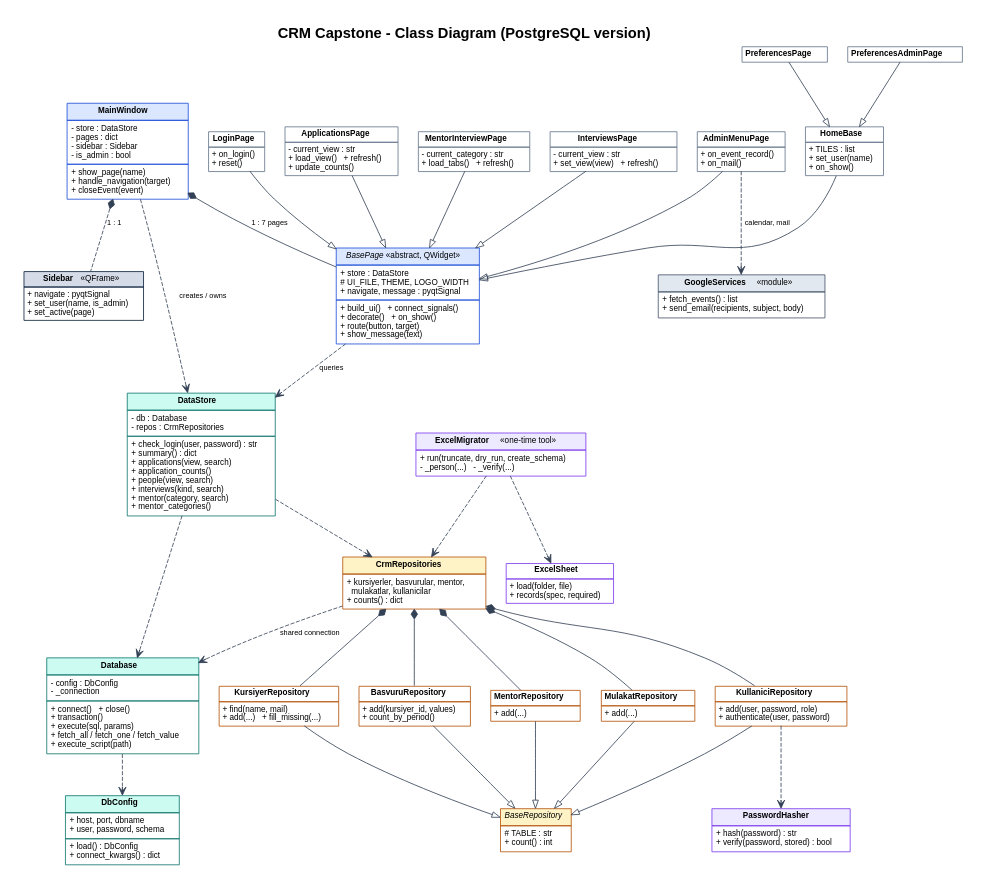
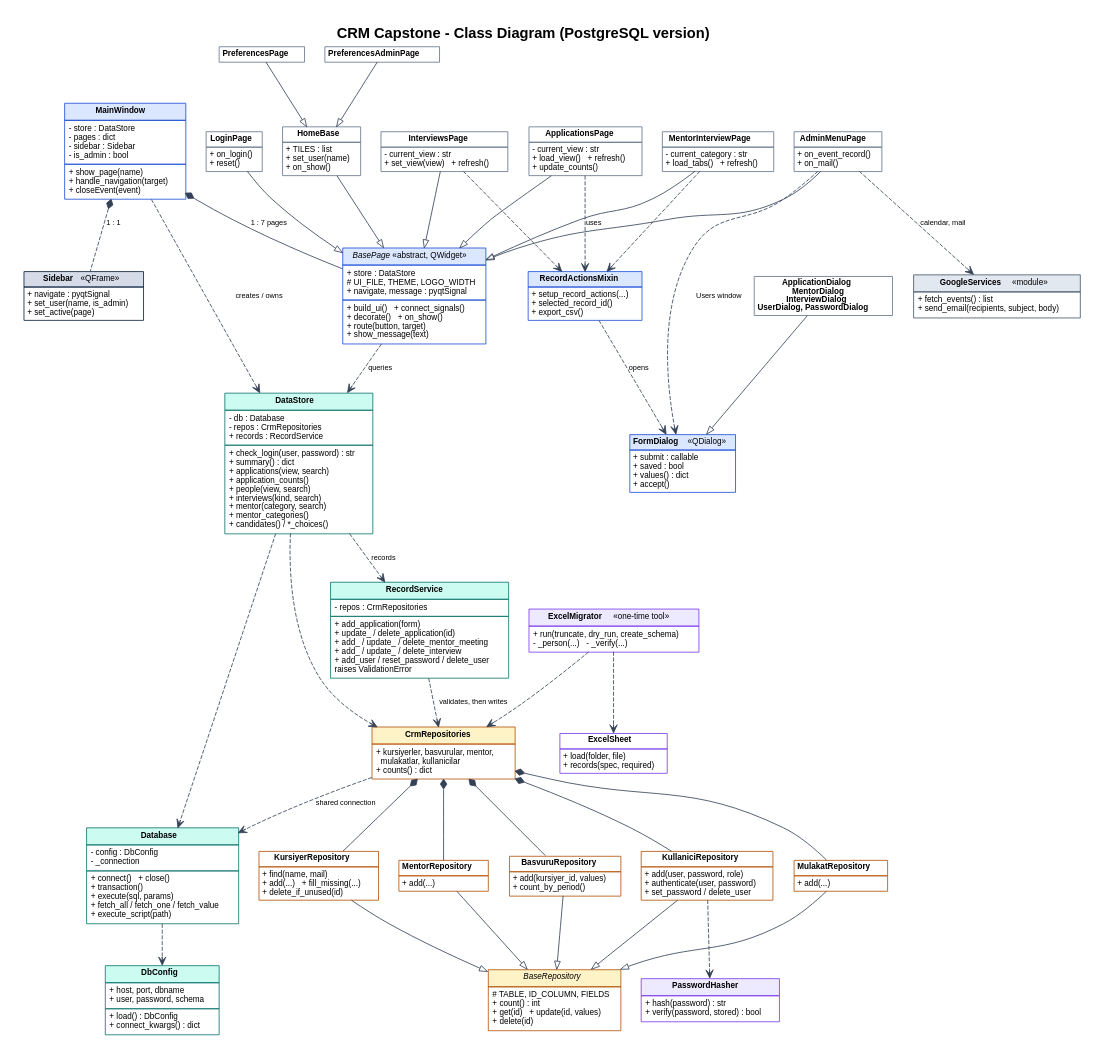
The diagram in diagram/class.dot (MS-Sezgin/crm), drawn with Graphviz before and after one commit. The commit also changed 29 other files, not shown here.

```diff
--- a/diagram/class.dot
+++ b/diagram/class.dot
@@ -1,95 +1,110 @@
 digraph Classes {
   graph [rankdir=TB, splines=spline, nodesep=0.35, ranksep=0.7, fontname="Helvetica", bgcolor="white", pad=0.3,
          label=<<B>CRM Capstone - Class Diagram (PostgreSQL version)</B>>, labelloc=t, fontsize=18];
   node  [shape=plain, fontname="Helvetica", fontsize=10];
   edge  [fontname="Helvetica", fontsize=9, color="#334155"];
 
   MainWindow [label=<<TABLE BORDER="0" CELLBORDER="1" CELLSPACING="0" CELLPADDING="4" COLOR="#1D4ED8">
     <TR><TD BGCOLOR="#DBE7FF"><B>MainWindow</B></TD></TR>
     <TR><TD ALIGN="LEFT">- store : DataStore<BR ALIGN="LEFT"/>- pages : dict<BR ALIGN="LEFT"/>- sidebar : Sidebar<BR ALIGN="LEFT"/>- is_admin : bool<BR ALIGN="LEFT"/></TD></TR>
     <TR><TD ALIGN="LEFT">+ show_page(name)<BR ALIGN="LEFT"/>+ handle_navigation(target)<BR ALIGN="LEFT"/>+ closeEvent(event)<BR ALIGN="LEFT"/></TD></TR></TABLE>>];
 
   BasePage [label=<<TABLE BORDER="0" CELLBORDER="1" CELLSPACING="0" CELLPADDING="4" COLOR="#1D4ED8">
     <TR><TD BGCOLOR="#DBE7FF"><I>BasePage</I> «abstract, QWidget»</TD></TR>
     <TR><TD ALIGN="LEFT">+ store : DataStore<BR ALIGN="LEFT"/># UI_FILE, THEME, LOGO_WIDTH<BR ALIGN="LEFT"/>+ navigate, message : pyqtSignal<BR ALIGN="LEFT"/></TD></TR>
     <TR><TD ALIGN="LEFT">+ build_ui()   + connect_signals()<BR ALIGN="LEFT"/>+ decorate()   + on_show()<BR ALIGN="LEFT"/>+ route(button, target)<BR ALIGN="LEFT"/>+ show_message(text)<BR ALIGN="LEFT"/></TD></TR></TABLE>>];
 
   LoginPage [label=<<TABLE BORDER="0" CELLBORDER="1" CELLSPACING="0" CELLPADDING="3" COLOR="#64748B"><TR><TD><B>LoginPage</B></TD></TR><TR><TD ALIGN="LEFT">+ on_login()<BR ALIGN="LEFT"/>+ reset()<BR ALIGN="LEFT"/></TD></TR></TABLE>>];
   ApplicationsPage [label=<<TABLE BORDER="0" CELLBORDER="1" CELLSPACING="0" CELLPADDING="3" COLOR="#64748B"><TR><TD><B>ApplicationsPage</B></TD></TR><TR><TD ALIGN="LEFT">- current_view : str<BR ALIGN="LEFT"/>+ load_view()   + refresh()<BR ALIGN="LEFT"/>+ update_counts()<BR ALIGN="LEFT"/></TD></TR></TABLE>>];
   MentorInterviewPage [label=<<TABLE BORDER="0" CELLBORDER="1" CELLSPACING="0" CELLPADDING="3" COLOR="#64748B"><TR><TD><B>MentorInterviewPage</B></TD></TR><TR><TD ALIGN="LEFT">- current_category : str<BR ALIGN="LEFT"/>+ load_tabs()   + refresh()<BR ALIGN="LEFT"/></TD></TR></TABLE>>];
   InterviewsPage [label=<<TABLE BORDER="0" CELLBORDER="1" CELLSPACING="0" CELLPADDING="3" COLOR="#64748B"><TR><TD><B>InterviewsPage</B></TD></TR><TR><TD ALIGN="LEFT">- current_view : str<BR ALIGN="LEFT"/>+ set_view(view)   + refresh()<BR ALIGN="LEFT"/></TD></TR></TABLE>>];
   PreferencesPage [label=<<TABLE BORDER="0" CELLBORDER="1" CELLSPACING="0" CELLPADDING="3" COLOR="#64748B"><TR><TD><B>PreferencesPage</B></TD></TR></TABLE>>];
   PreferencesAdminPage [label=<<TABLE BORDER="0" CELLBORDER="1" CELLSPACING="0" CELLPADDING="3" COLOR="#64748B"><TR><TD><B>PreferencesAdminPage</B></TD></TR></TABLE>>];
   AdminMenuPage [label=<<TABLE BORDER="0" CELLBORDER="1" CELLSPACING="0" CELLPADDING="3" COLOR="#64748B"><TR><TD><B>AdminMenuPage</B></TD></TR><TR><TD ALIGN="LEFT">+ on_event_record()<BR ALIGN="LEFT"/>+ on_mail()<BR ALIGN="LEFT"/></TD></TR></TABLE>>];
 
   Sidebar [label=<<TABLE BORDER="0" CELLBORDER="1" CELLSPACING="0" CELLPADDING="3" COLOR="#0B1F3A"><TR><TD BGCOLOR="#D5DCE8"><B>Sidebar</B> «QFrame»</TD></TR><TR><TD ALIGN="LEFT">+ navigate : pyqtSignal<BR ALIGN="LEFT"/>+ set_user(name, is_admin)<BR ALIGN="LEFT"/>+ set_active(page)<BR ALIGN="LEFT"/></TD></TR></TABLE>>];
   HomeBase [label=<<TABLE BORDER="0" CELLBORDER="1" CELLSPACING="0" CELLPADDING="3" COLOR="#64748B"><TR><TD><B>HomeBase</B></TD></TR><TR><TD ALIGN="LEFT">+ TILES : list<BR ALIGN="LEFT"/>+ set_user(name)<BR ALIGN="LEFT"/>+ on_show()<BR ALIGN="LEFT"/></TD></TR></TABLE>>];
 
   DataStore [label=<<TABLE BORDER="0" CELLBORDER="1" CELLSPACING="0" CELLPADDING="4" COLOR="#0F766E">
     <TR><TD BGCOLOR="#CCFBF1"><B>DataStore</B></TD></TR>
-    <TR><TD ALIGN="LEFT">- db : Database<BR ALIGN="LEFT"/>- repos : CrmRepositories<BR ALIGN="LEFT"/></TD></TR>
-    <TR><TD ALIGN="LEFT">+ check_login(user, password) : str<BR ALIGN="LEFT"/>+ summary() : dict<BR ALIGN="LEFT"/>+ applications(view, search)<BR ALIGN="LEFT"/>+ application_counts()<BR ALIGN="LEFT"/>+ people(view, search)<BR ALIGN="LEFT"/>+ interviews(kind, search)<BR ALIGN="LEFT"/>+ mentor(category, search)<BR ALIGN="LEFT"/>+ mentor_categories()<BR ALIGN="LEFT"/></TD></TR></TABLE>>];
+    <TR><TD ALIGN="LEFT">- db : Database<BR ALIGN="LEFT"/>- repos : CrmRepositories<BR ALIGN="LEFT"/>+ records : RecordService<BR ALIGN="LEFT"/></TD></TR>
+    <TR><TD ALIGN="LEFT">+ check_login(user, password) : str<BR ALIGN="LEFT"/>+ summary() : dict<BR ALIGN="LEFT"/>+ applications(view, search)<BR ALIGN="LEFT"/>+ application_counts()<BR ALIGN="LEFT"/>+ people(view, search)<BR ALIGN="LEFT"/>+ interviews(kind, search)<BR ALIGN="LEFT"/>+ mentor(category, search)<BR ALIGN="LEFT"/>+ mentor_categories()<BR ALIGN="LEFT"/>+ candidates() / *_choices()<BR ALIGN="LEFT"/></TD></TR></TABLE>>];
 
   Database [label=<<TABLE BORDER="0" CELLBORDER="1" CELLSPACING="0" CELLPADDING="4" COLOR="#0F766E">
     <TR><TD BGCOLOR="#CCFBF1"><B>Database</B></TD></TR>
     <TR><TD ALIGN="LEFT">- config : DbConfig<BR ALIGN="LEFT"/>- _connection<BR ALIGN="LEFT"/></TD></TR>
     <TR><TD ALIGN="LEFT">+ connect()   + close()<BR ALIGN="LEFT"/>+ transaction()<BR ALIGN="LEFT"/>+ execute(sql, params)<BR ALIGN="LEFT"/>+ fetch_all / fetch_one / fetch_value<BR ALIGN="LEFT"/>+ execute_script(path)<BR ALIGN="LEFT"/></TD></TR></TABLE>>];
 
   DbConfig [label=<<TABLE BORDER="0" CELLBORDER="1" CELLSPACING="0" CELLPADDING="4" COLOR="#0F766E">
     <TR><TD BGCOLOR="#CCFBF1"><B>DbConfig</B></TD></TR>
     <TR><TD ALIGN="LEFT">+ host, port, dbname<BR ALIGN="LEFT"/>+ user, password, schema<BR ALIGN="LEFT"/></TD></TR>
     <TR><TD ALIGN="LEFT">+ load() : DbConfig<BR ALIGN="LEFT"/>+ connect_kwargs() : dict<BR ALIGN="LEFT"/></TD></TR></TABLE>>];
 
   CrmRepositories [label=<<TABLE BORDER="0" CELLBORDER="1" CELLSPACING="0" CELLPADDING="4" COLOR="#B45309">
     <TR><TD BGCOLOR="#FEF3C7"><B>CrmRepositories</B></TD></TR>
     <TR><TD ALIGN="LEFT">+ kursiyerler, basvurular, mentor,<BR ALIGN="LEFT"/>   mulakatlar, kullanicilar<BR ALIGN="LEFT"/>+ counts() : dict<BR ALIGN="LEFT"/></TD></TR></TABLE>>];
 
   BaseRepository [label=<<TABLE BORDER="0" CELLBORDER="1" CELLSPACING="0" CELLPADDING="4" COLOR="#B45309">
     <TR><TD BGCOLOR="#FEF3C7"><I>BaseRepository</I></TD></TR>
-    <TR><TD ALIGN="LEFT"># TABLE : str<BR ALIGN="LEFT"/>+ count() : int<BR ALIGN="LEFT"/></TD></TR></TABLE>>];
+    <TR><TD ALIGN="LEFT"># TABLE, ID_COLUMN, FIELDS<BR ALIGN="LEFT"/>+ count() : int<BR ALIGN="LEFT"/>+ get(id)   + update(id, values)<BR ALIGN="LEFT"/>+ delete(id)<BR ALIGN="LEFT"/></TD></TR></TABLE>>];
 
-  KursiyerRepository [label=<<TABLE BORDER="0" CELLBORDER="1" CELLSPACING="0" CELLPADDING="3" COLOR="#B45309"><TR><TD><B>KursiyerRepository</B></TD></TR><TR><TD ALIGN="LEFT">+ find(name, mail)<BR ALIGN="LEFT"/>+ add(...)   + fill_missing(...)<BR ALIGN="LEFT"/></TD></TR></TABLE>>];
+  KursiyerRepository [label=<<TABLE BORDER="0" CELLBORDER="1" CELLSPACING="0" CELLPADDING="3" COLOR="#B45309"><TR><TD><B>KursiyerRepository</B></TD></TR><TR><TD ALIGN="LEFT">+ find(name, mail)<BR ALIGN="LEFT"/>+ add(...)   + fill_missing(...)<BR ALIGN="LEFT"/>+ delete_if_unused(id)<BR ALIGN="LEFT"/></TD></TR></TABLE>>];
   BasvuruRepository [label=<<TABLE BORDER="0" CELLBORDER="1" CELLSPACING="0" CELLPADDING="3" COLOR="#B45309"><TR><TD><B>BasvuruRepository</B></TD></TR><TR><TD ALIGN="LEFT">+ add(kursiyer_id, values)<BR ALIGN="LEFT"/>+ count_by_period()<BR ALIGN="LEFT"/></TD></TR></TABLE>>];
   MentorRepository [label=<<TABLE BORDER="0" CELLBORDER="1" CELLSPACING="0" CELLPADDING="3" COLOR="#B45309"><TR><TD><B>MentorRepository</B></TD></TR><TR><TD ALIGN="LEFT">+ add(...)<BR ALIGN="LEFT"/></TD></TR></TABLE>>];
   MulakatRepository [label=<<TABLE BORDER="0" CELLBORDER="1" CELLSPACING="0" CELLPADDING="3" COLOR="#B45309"><TR><TD><B>MulakatRepository</B></TD></TR><TR><TD ALIGN="LEFT">+ add(...)<BR ALIGN="LEFT"/></TD></TR></TABLE>>];
-  KullaniciRepository [label=<<TABLE BORDER="0" CELLBORDER="1" CELLSPACING="0" CELLPADDING="3" COLOR="#B45309"><TR><TD><B>KullaniciRepository</B></TD></TR><TR><TD ALIGN="LEFT">+ add(user, password, role)<BR ALIGN="LEFT"/>+ authenticate(user, password)<BR ALIGN="LEFT"/></TD></TR></TABLE>>];
+  KullaniciRepository [label=<<TABLE BORDER="0" CELLBORDER="1" CELLSPACING="0" CELLPADDING="3" COLOR="#B45309"><TR><TD><B>KullaniciRepository</B></TD></TR><TR><TD ALIGN="LEFT">+ add(user, password, role)<BR ALIGN="LEFT"/>+ authenticate(user, password)<BR ALIGN="LEFT"/>+ set_password / delete_user<BR ALIGN="LEFT"/></TD></TR></TABLE>>];
+
+  RecordService [label=<<TABLE BORDER="0" CELLBORDER="1" CELLSPACING="0" CELLPADDING="4" COLOR="#0F766E">
+    <TR><TD BGCOLOR="#CCFBF1"><B>RecordService</B></TD></TR>
+    <TR><TD ALIGN="LEFT">- repos : CrmRepositories<BR ALIGN="LEFT"/></TD></TR>
+    <TR><TD ALIGN="LEFT">+ add_application(form)<BR ALIGN="LEFT"/>+ update_ / delete_application(id)<BR ALIGN="LEFT"/>+ add_ / update_ / delete_mentor_meeting<BR ALIGN="LEFT"/>+ add_ / update_ / delete_interview<BR ALIGN="LEFT"/>+ add_user / reset_password / delete_user<BR ALIGN="LEFT"/>raises ValidationError<BR ALIGN="LEFT"/></TD></TR></TABLE>>];
+
+  RecordActionsMixin [label=<<TABLE BORDER="0" CELLBORDER="1" CELLSPACING="0" CELLPADDING="3" COLOR="#1D4ED8"><TR><TD BGCOLOR="#DBE7FF"><B>RecordActionsMixin</B></TD></TR><TR><TD ALIGN="LEFT">+ setup_record_actions(...)<BR ALIGN="LEFT"/>+ selected_record_id()<BR ALIGN="LEFT"/>+ export_csv()<BR ALIGN="LEFT"/></TD></TR></TABLE>>];
+
+  FormDialog [label=<<TABLE BORDER="0" CELLBORDER="1" CELLSPACING="0" CELLPADDING="3" COLOR="#1D4ED8"><TR><TD BGCOLOR="#DBE7FF"><B>FormDialog</B> «QDialog»</TD></TR><TR><TD ALIGN="LEFT">+ submit : callable<BR ALIGN="LEFT"/>+ saved : bool<BR ALIGN="LEFT"/>+ values() : dict<BR ALIGN="LEFT"/>+ accept()<BR ALIGN="LEFT"/></TD></TR></TABLE>>];
+  FormDialogs [label=<<TABLE BORDER="0" CELLBORDER="1" CELLSPACING="0" CELLPADDING="3" COLOR="#64748B"><TR><TD><B>ApplicationDialog</B><BR/><B>MentorDialog</B><BR/><B>InterviewDialog</B><BR/><B>UserDialog, PasswordDialog</B></TD></TR></TABLE>>];
 
   PasswordHasher [label=<<TABLE BORDER="0" CELLBORDER="1" CELLSPACING="0" CELLPADDING="4" COLOR="#7C3AED">
     <TR><TD BGCOLOR="#EDE9FE"><B>PasswordHasher</B></TD></TR>
     <TR><TD ALIGN="LEFT">+ hash(password) : str<BR ALIGN="LEFT"/>+ verify(password, stored) : bool<BR ALIGN="LEFT"/></TD></TR></TABLE>>];
 
   GoogleServices [label=<<TABLE BORDER="0" CELLBORDER="1" CELLSPACING="0" CELLPADDING="4" COLOR="#475569">
     <TR><TD BGCOLOR="#E2E8F0"><B>GoogleServices</B> «module»</TD></TR>
     <TR><TD ALIGN="LEFT">+ fetch_events() : list<BR ALIGN="LEFT"/>+ send_email(recipients, subject, body)<BR ALIGN="LEFT"/></TD></TR></TABLE>>];
 
   ExcelMigrator [label=<<TABLE BORDER="0" CELLBORDER="1" CELLSPACING="0" CELLPADDING="4" COLOR="#7C3AED">
     <TR><TD BGCOLOR="#EDE9FE"><B>ExcelMigrator</B> «one-time tool»</TD></TR>
     <TR><TD ALIGN="LEFT">+ run(truncate, dry_run, create_schema)<BR ALIGN="LEFT"/>- _person(...)   - _verify(...)<BR ALIGN="LEFT"/></TD></TR></TABLE>>];
   ExcelSheet [label=<<TABLE BORDER="0" CELLBORDER="1" CELLSPACING="0" CELLPADDING="3" COLOR="#7C3AED"><TR><TD><B>ExcelSheet</B></TD></TR><TR><TD ALIGN="LEFT">+ load(folder, file)<BR ALIGN="LEFT"/>+ records(spec, required)<BR ALIGN="LEFT"/></TD></TR></TABLE>>];
 
   // inheritance (empty triangle)
   edge [arrowhead=empty, style=solid];
   LoginPage -> BasePage; ApplicationsPage -> BasePage; MentorInterviewPage -> BasePage; InterviewsPage -> BasePage;
   HomeBase -> BasePage; PreferencesPage -> HomeBase; PreferencesAdminPage -> HomeBase; AdminMenuPage -> BasePage;
   KursiyerRepository -> BaseRepository; BasvuruRepository -> BaseRepository; MentorRepository -> BaseRepository;
   MulakatRepository -> BaseRepository; KullaniciRepository -> BaseRepository;
+  FormDialogs -> FormDialog;
 
   // composition / aggregation
   edge [arrowhead=diamond, style=solid, dir=back, arrowtail=none];
   edge [arrowhead=none, arrowtail=diamond, dir=back];
   MainWindow -> BasePage [label="1 : 7 pages", dir=back, arrowhead=none, arrowtail=diamond];
   CrmRepositories -> KursiyerRepository; CrmRepositories -> BasvuruRepository; CrmRepositories -> MentorRepository;
   CrmRepositories -> MulakatRepository; CrmRepositories -> KullaniciRepository;
 
   // dependencies (dashed)
   edge [arrowhead=vee, style=dashed, dir=forward, arrowtail=none];
   MainWindow -> DataStore [label="creates / owns"];
   MainWindow -> Sidebar [label="1 : 1", dir=back, arrowhead=none, arrowtail=diamond];
   BasePage -> DataStore [label="queries"];
   DataStore -> CrmRepositories; DataStore -> Database;
+  DataStore -> RecordService [label="records"]; RecordService -> CrmRepositories [label="validates, then writes"];
+  ApplicationsPage -> RecordActionsMixin [label="uses"]; MentorInterviewPage -> RecordActionsMixin; InterviewsPage -> RecordActionsMixin;
+  RecordActionsMixin -> FormDialog [label="opens"];
+  AdminMenuPage -> FormDialog [label="Users window"];
   CrmRepositories -> Database [label="shared connection"];
   Database -> DbConfig;
   KullaniciRepository -> PasswordHasher;
   AdminMenuPage -> GoogleServices [label="calendar, mail"];
   ExcelMigrator -> CrmRepositories; ExcelMigrator -> ExcelSheet;
 }
```
